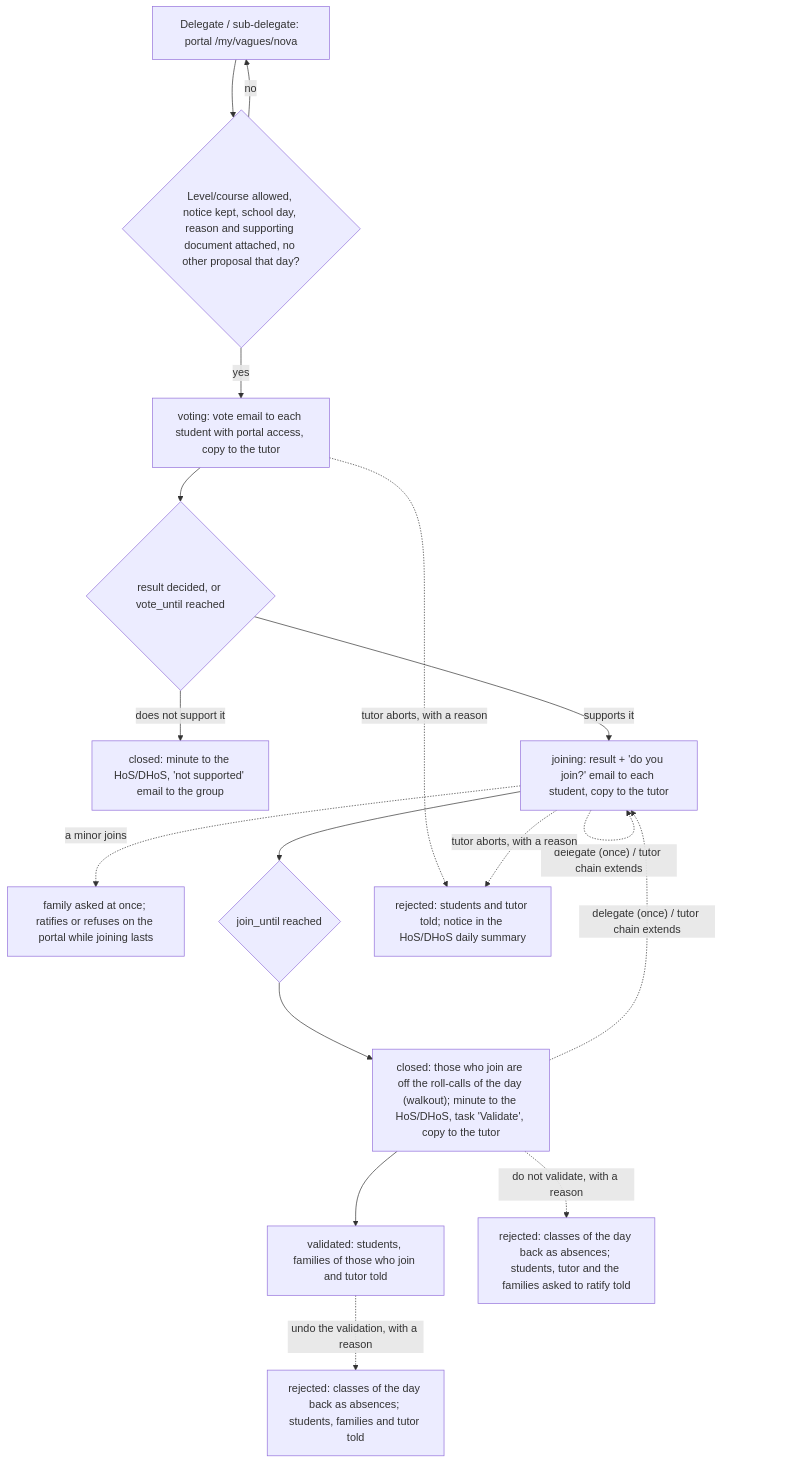
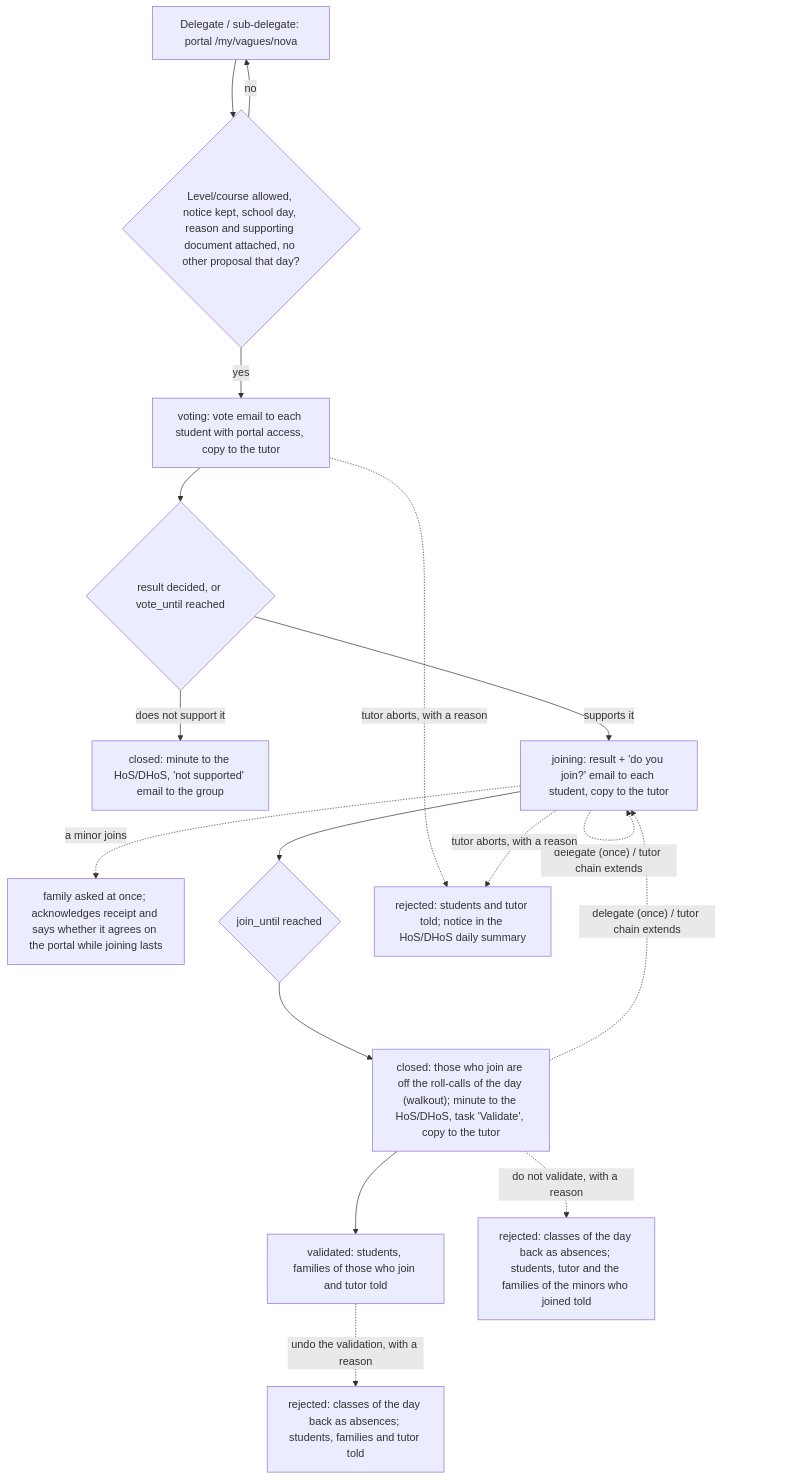
The second of 2 diagrams in docs/en/developers/attendance/student_walkout.md (ElPuig/EMS), drawn with Mermaid before and after one commit. The commit also changed other lines of this file and 34 other files, not shown here.

Commit message:
Walkout: the family acknowledges receipt and says it agrees or not (no 'ratification'); rejection reasons judge only the procedure (#844)

````diff
--- a/docs/en/developers/attendance/student_walkout.md
+++ b/docs/en/developers/attendance/student_walkout.md
@@ -266,19 +269,19 @@
 ```mermaid
 flowchart TD
     A[Delegate / sub-delegate: portal /my/vagues/nova] --> B{"Level/course allowed, notice kept, school day, reason and supporting document attached, no other proposal that day?"}
     B -- no --> A
     B -- yes --> V["voting: vote email to each student with portal access, copy to the tutor"]
     V --> E{"result decided, or vote_until reached"}
     E -- "does not support it" --> N["closed: minute to the HoS/DHoS, 'not supported' email to the group"]
     E -- supports it --> J["joining: result + 'do you join?' email to each student, copy to the tutor"]
-    J -. "a minor joins" .-> R["family asked at once; ratifies or refuses on the portal while joining lasts"]
+    J -. "a minor joins" .-> R["family asked at once; acknowledges receipt and says whether it agrees on the portal while joining lasts"]
     J --> K{"join_until reached"}
     K --> F["closed: those who join are off the roll-calls of the day (walkout); minute to the HoS/DHoS, task 'Validate', copy to the tutor"]
     F --> I["validated: students, families of those who join and tutor told"]
-    F -. "do not validate, with a reason" .-> Y["rejected: classes of the day back as absences; students, tutor and the families asked to ratify told"]
+    F -. "do not validate, with a reason" .-> Y["rejected: classes of the day back as absences; students, tutor and the families of the minors who joined told"]
     I -. "undo the validation, with a reason" .-> Z["rejected: classes of the day back as absences; students, families and tutor told"]
     J -. "delegate (once) / tutor chain extends" .-> J
     F -. "delegate (once) / tutor chain extends" .-> J
     V -. "tutor aborts, with a reason" .-> X["rejected: students and tutor told; notice in the HoS/DHoS daily summary"]
     J -. "tutor aborts, with a reason" .-> X
 ```
````
